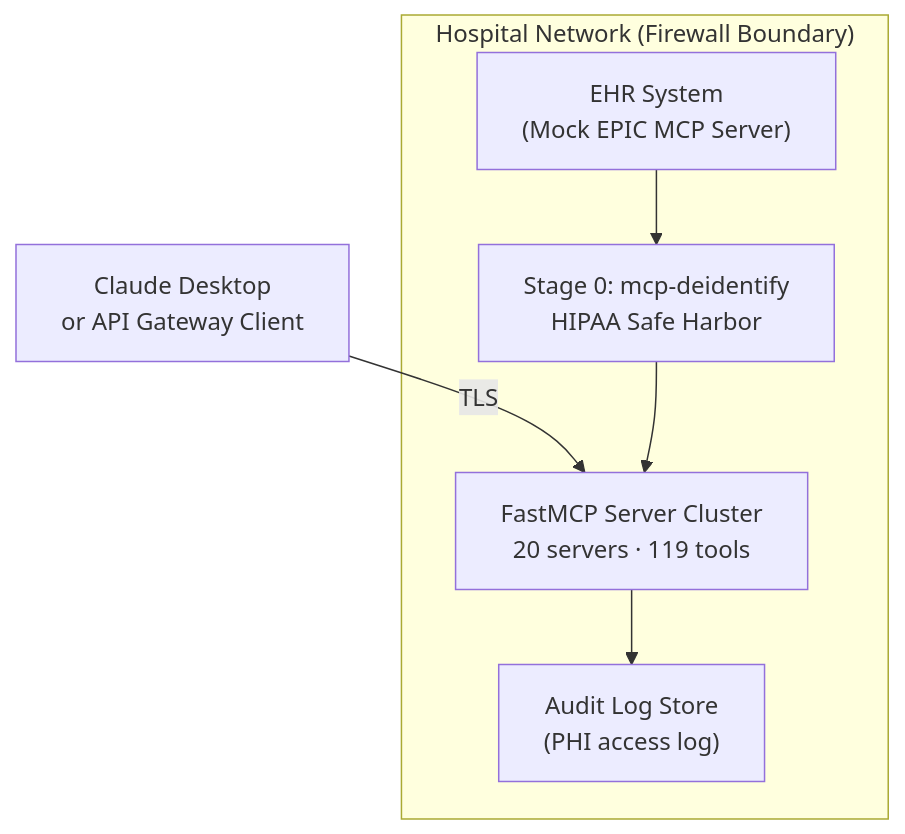
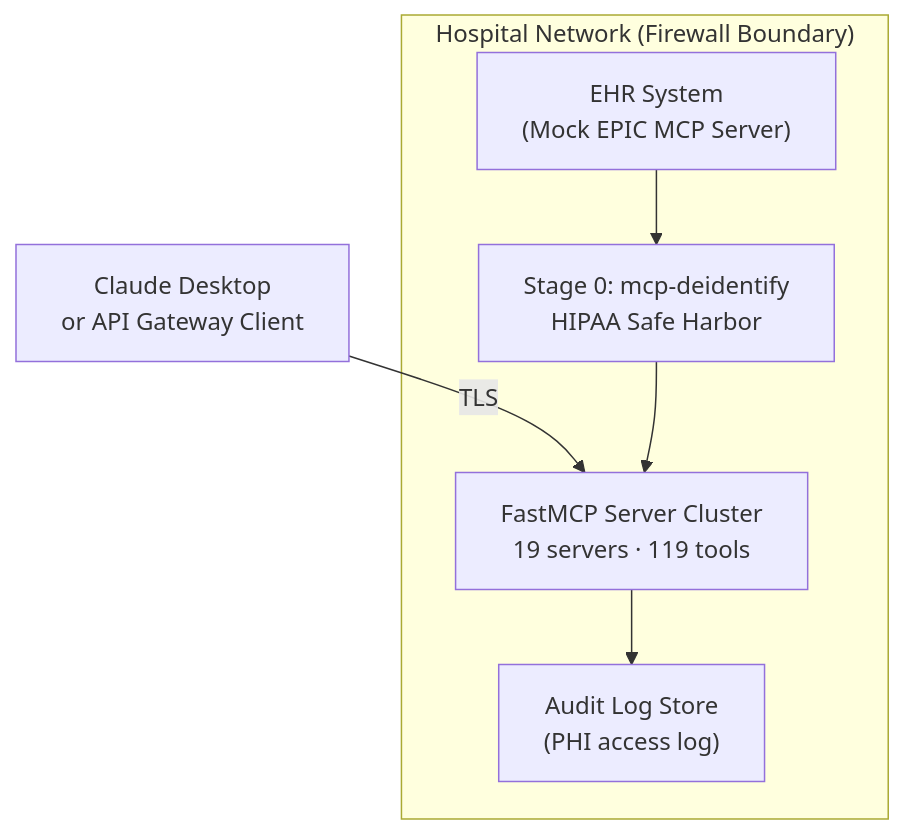
One commit to lynnlangit/spatial-mcp changed the diagram in docs/for-hospitals/DEPLOYMENT_ARCHITECTURE.md. Above: the diagram before and after it, drawn with Mermaid. The commit also changed 14 other files, not shown here.

````diff
--- a/docs/for-hospitals/DEPLOYMENT_ARCHITECTURE.md
+++ b/docs/for-hospitals/DEPLOYMENT_ARCHITECTURE.md
@@ -5,14 +5,14 @@
 ```mermaid
 graph TD
     subgraph Hospital["Hospital Network (Firewall Boundary)"]
         EHR["EHR System\n(Mock EPIC MCP Server)"]
         STAGE0["Stage 0: mcp-deidentify\nHIPAA Safe Harbor"]
-        MCPCLUSTER["FastMCP Server Cluster\n20 servers · 119 tools"]
+        MCPCLUSTER["FastMCP Server Cluster\n19 servers · 119 tools"]
         AUDIT["Audit Log Store\n(PHI access log)"]
     end
     CLIENT["Claude Desktop\nor API Gateway Client"]
     CLIENT -->|"TLS"| MCPCLUSTER
     EHR --> STAGE0
     STAGE0 --> MCPCLUSTER
     MCPCLUSTER --> AUDIT
 ```
````
